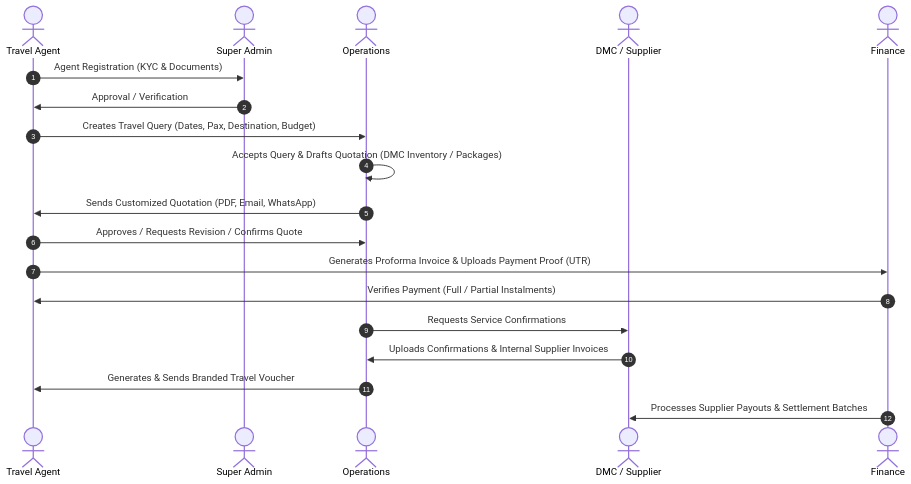
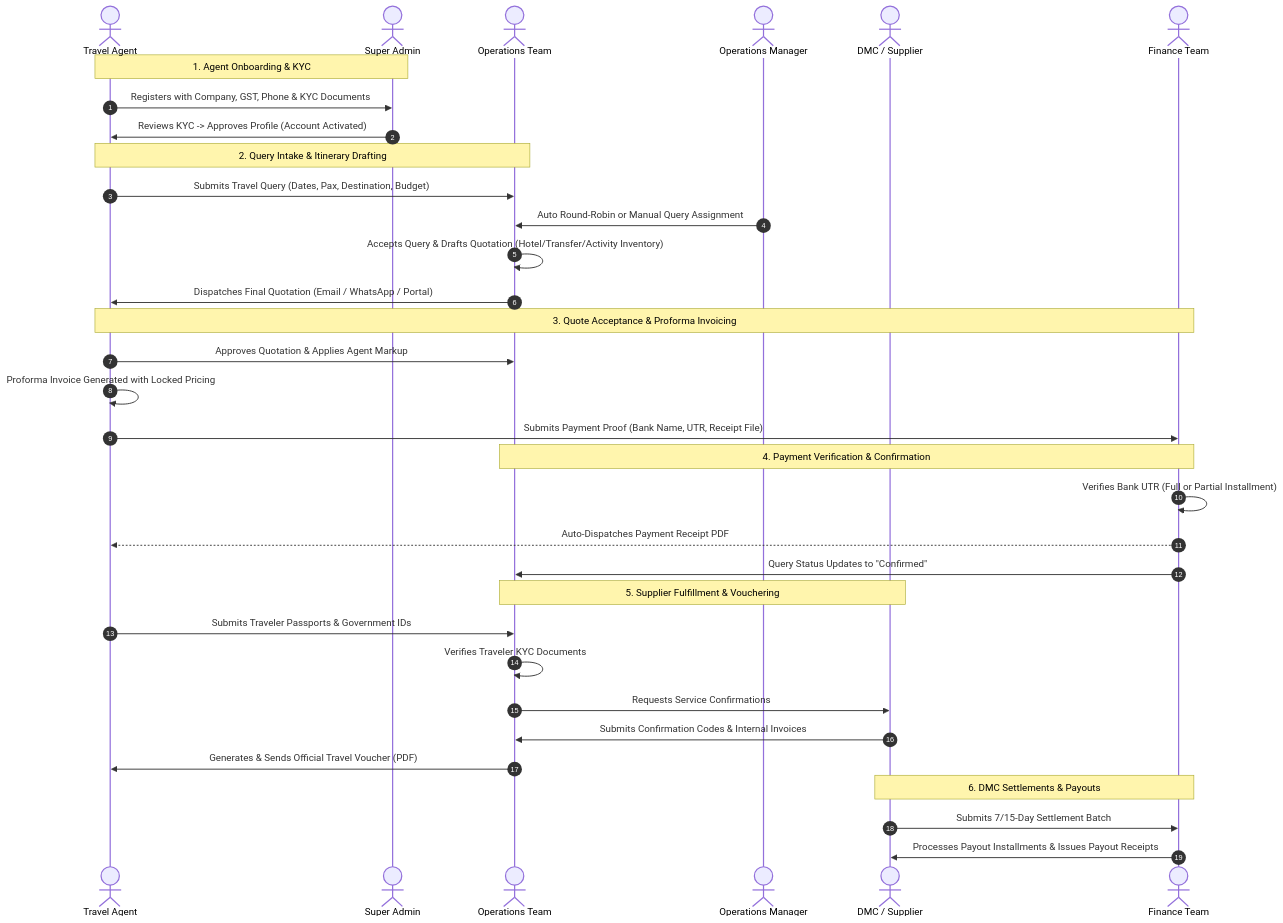
Before and after one commit to DDPL-Work/holiday-circuit: the second of 7 diagrams in README.md, drawn with Mermaid. The commit also changed other lines of this file and 32 other files, not shown here.

````diff
--- a/README.md
+++ b/README.md
@@ -43,22 +204,41 @@
 ```mermaid
 sequenceDiagram
     autonumber
     actor Agent as Travel Agent
     actor Admin as Super Admin
-    actor Ops as Operations
+    actor Ops as Operations Team
+    actor OpsMgr as Operations Manager
     actor DMC as DMC / Supplier
-    actor Fin as Finance
+    actor Fin as Finance Team
 
-    Agent->>Admin: Agent Registration (KYC & Documents)
-    Admin->>Agent: Approval / Verification
-    Agent->>Ops: Creates Travel Query (Dates, Pax, Destination, Budget)
-    Ops->>Ops: Accepts Query & Drafts Quotation (DMC Inventory / Packages)
-    Ops->>Agent: Sends Customized Quotation (PDF, Email, WhatsApp)
-    Agent->>Ops: Approves / Requests Revision / Confirms Quote
-    Agent->>Fin: Generates Proforma Invoice & Uploads Payment Proof (UTR)
-    Fin->>Agent: Verifies Payment (Full / Partial Instalments)
+    Note over Agent,Admin: 1. Agent Onboarding & KYC
+    Agent->>Admin: Registers with Company, GST, Phone & KYC Documents
+    Admin->>Agent: Reviews KYC -> Approves Profile (Account Activated)
+
+    Note over Agent,Ops: 2. Query Intake & Itinerary Drafting
+    Agent->>Ops: Submits Travel Query (Dates, Pax, Destination, Budget)
+    OpsMgr->>Ops: Auto Round-Robin or Manual Query Assignment
+    Ops->>Ops: Accepts Query & Drafts Quotation (Hotel/Transfer/Activity Inventory)
+    Ops->>Agent: Dispatches Final Quotation (Email / WhatsApp / Portal)
+
+    Note over Agent,Fin: 3. Quote Acceptance & Proforma Invoicing
+    Agent->>Ops: Approves Quotation & Applies Agent Markup
+    Agent->>Agent: Proforma Invoice Generated with Locked Pricing
+    Agent->>Fin: Submits Payment Proof (Bank Name, UTR, Receipt File)
+
+    Note over Fin,Ops: 4. Payment Verification & Confirmation
+    Fin->>Fin: Verifies Bank UTR (Full or Partial Installment)
+    Fin-->>Agent: Auto-Dispatches Payment Receipt PDF
+    Fin->>Ops: Query Status Updates to "Confirmed"
+
+    Note over Ops,DMC: 5. Supplier Fulfillment & Vouchering
+    Agent->>Ops: Submits Traveler Passports & Government IDs
+    Ops->>Ops: Verifies Traveler KYC Documents
     Ops->>DMC: Requests Service Confirmations
-    DMC->>Ops: Uploads Confirmations & Internal Supplier Invoices
-    Ops->>Agent: Generates & Sends Branded Travel Voucher
-    Fin->>DMC: Processes Supplier Payouts & Settlement Batches
+    DMC->>Ops: Submits Confirmation Codes & Internal Invoices
+    Ops->>Agent: Generates & Sends Official Travel Voucher (PDF)
+
+    Note over Fin,DMC: 6. DMC Settlements & Payouts
+    DMC->>Fin: Submits 7/15-Day Settlement Batch
+    Fin->>DMC: Processes Payout Installments & Issues Payout Receipts
 ```
````
